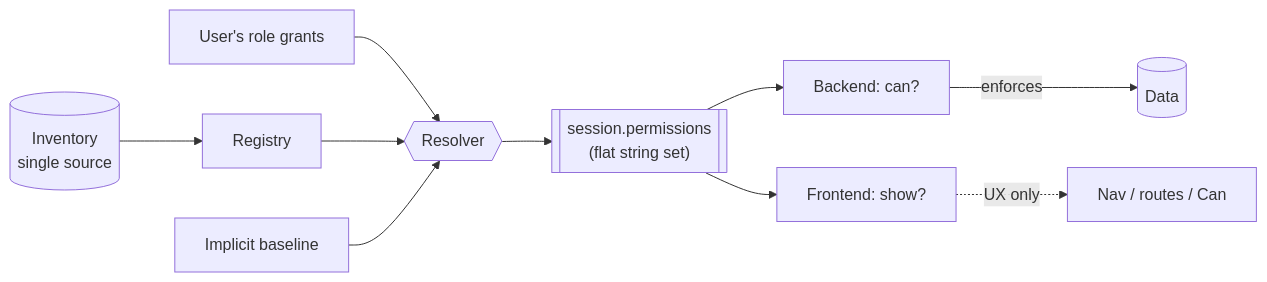
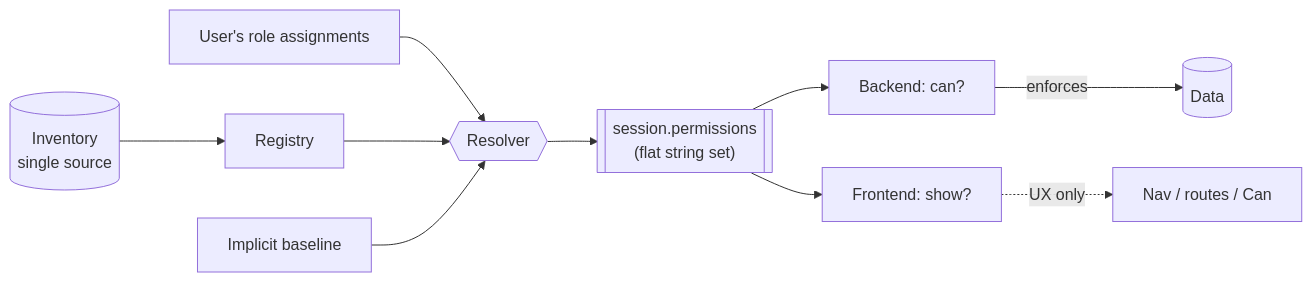
One commit to Seta-International/agent-platform changed the first of 5 diagrams in docs/platform/rbac.md. Above: the diagram before and after it, drawn with Mermaid. The commit also changed other lines of this file, not shown here.

Commit message:
docs(rbac): FUT-378 align rbac doc with role_assignments foundation

````diff
--- a/docs/platform/rbac.md
+++ b/docs/platform/rbac.md
@@ -5,9 +5,9 @@
 ```mermaid
 flowchart LR
-  G[User's role grants] --> R{{Resolver}}
+  G[User's role assignments] --> R{{Resolver}}
   INV[(Inventory<br/>single source)] --> REG[Registry] --> R
   IMP[Implicit baseline] --> R
   R --> S[["session.permissions<br/>(flat string set)"]]
   S --> BE[Backend: can?] -->|enforces| DB[(Data)]
   S --> FE[Frontend: show?] -.UX only.-> UI[Nav / routes / Can]
 ```
````
